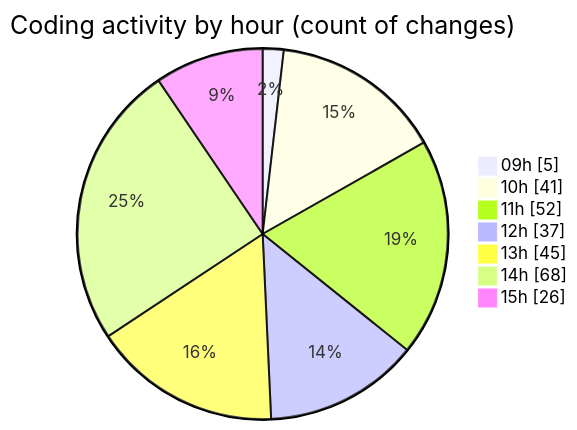
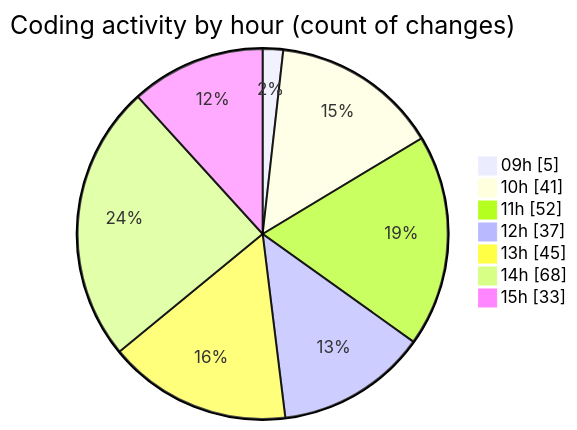
The second of 2 diagrams in 2026-04-27/cda/README.md (momahboobian/code-tracking), drawn with Mermaid before and after one commit. The commit also changed other lines of this file and 1 other file, not shown here.

````diff
--- a/2026-04-27/cda/README.md
+++ b/2026-04-27/cda/README.md
@@ -60,11 +60,11 @@
 ```mermaid
 pie showData
 title Coding activity by hour (count of changes)
 "09h" : 5
 "10h" : 41
 "11h" : 52
 "12h" : 37
 "13h" : 45
 "14h" : 68
-"15h" : 26
+"15h" : 33
 ```
````
